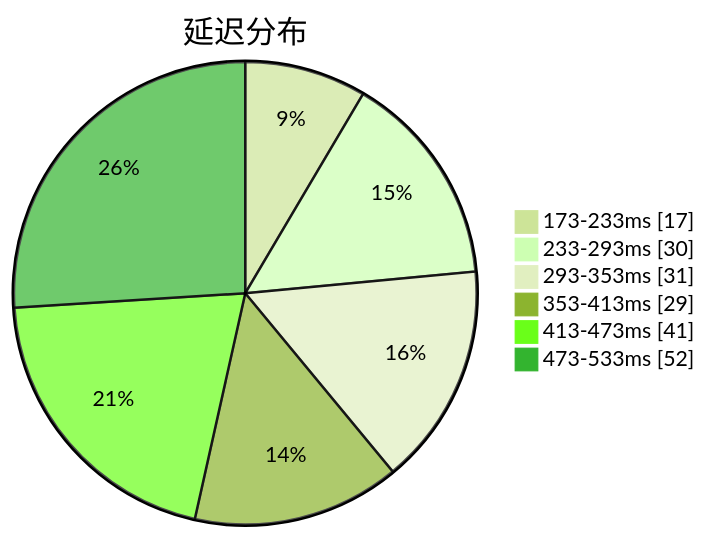
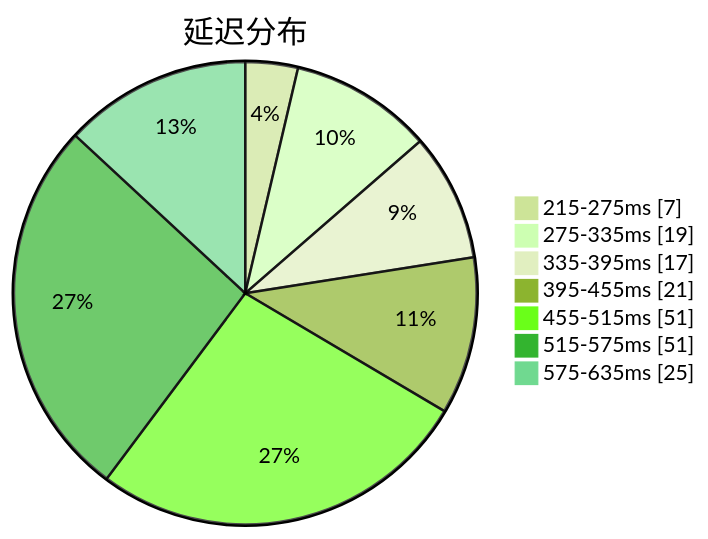
Before and after one commit to qjlxg/airport: the first of 3 diagrams in subs/statistics/tested_within.md, drawn with Mermaid (forest theme). The commit also changed other lines of this file and 2 other files, not shown here.

````diff
--- a/subs/statistics/tested_within.md
+++ b/subs/statistics/tested_within.md
@@ -2,10 +2,11 @@
 ```mermaid
 pie showData
 title 延迟分布
-"173-233ms" : 17
-"233-293ms" : 30
-"293-353ms" : 31
-"353-413ms" : 29
-"413-473ms" : 41
-"473-533ms" : 52
+"215-275ms" : 7
+"275-335ms" : 19
+"335-395ms" : 17
+"395-455ms" : 21
+"455-515ms" : 51
+"515-575ms" : 51
+"575-635ms" : 25
 ```
````
